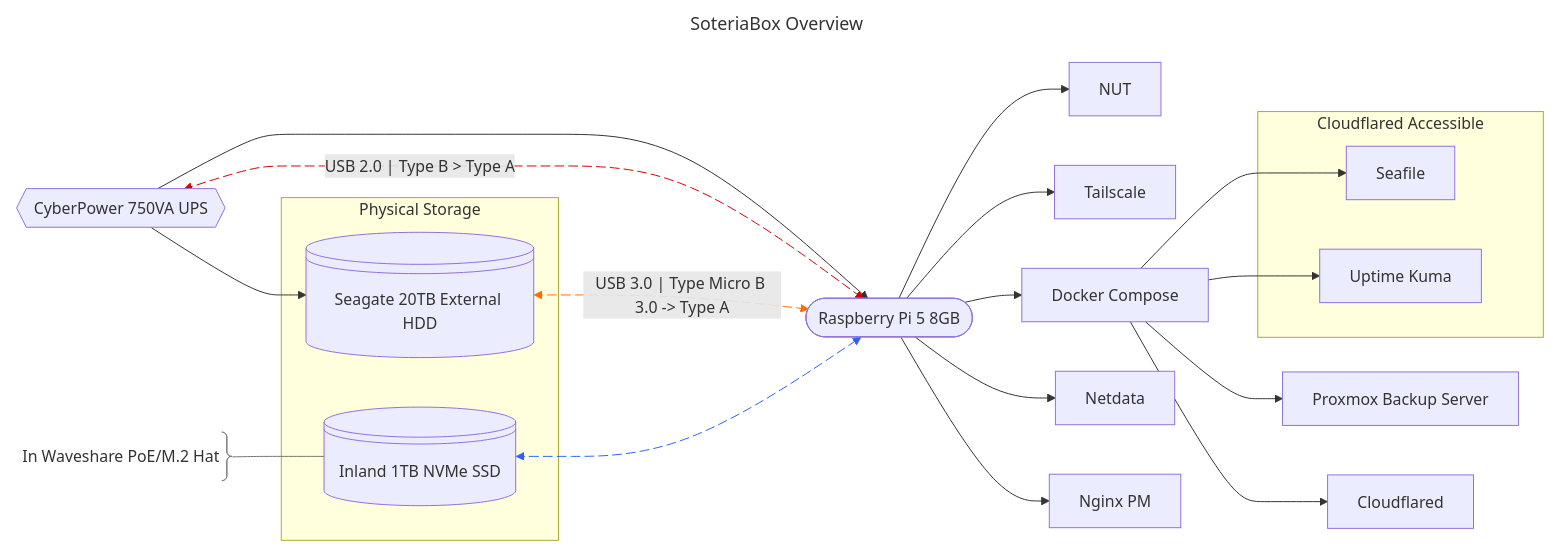
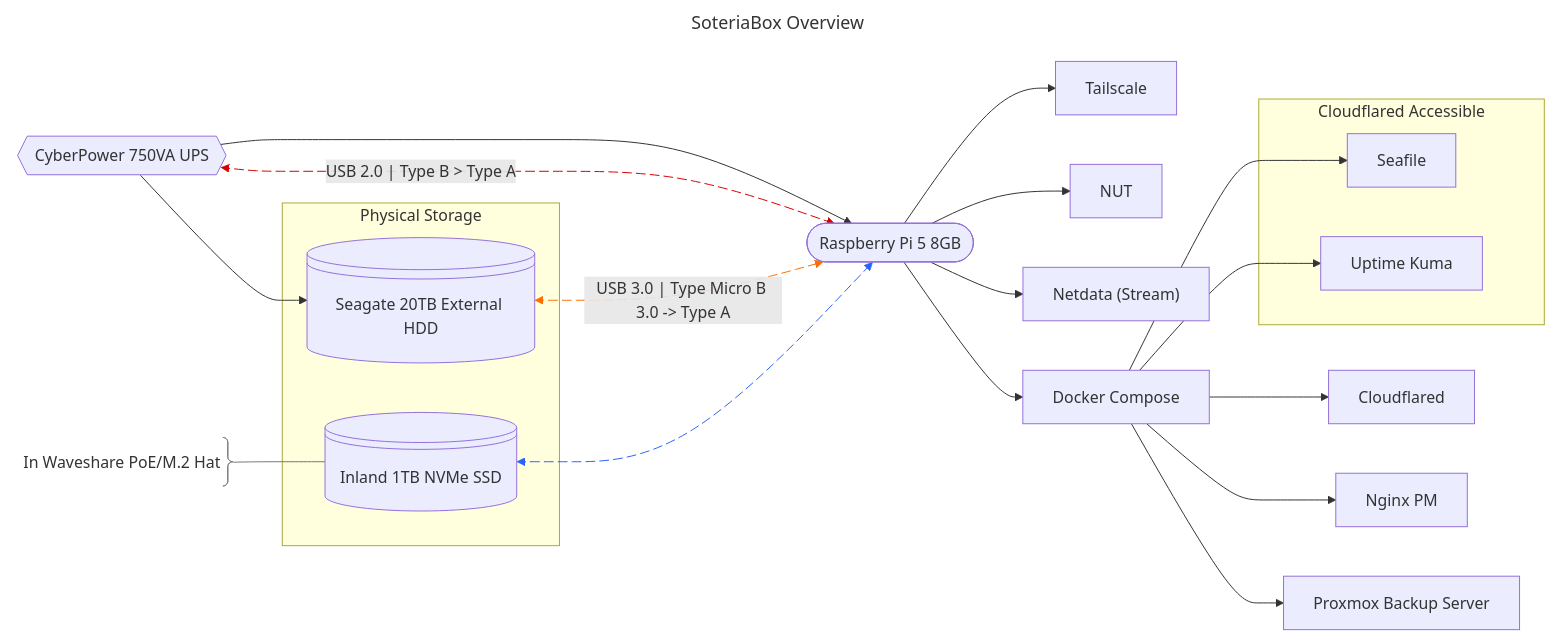
The diagram in README.md (sethdotfm/SoteriaBox), drawn with Mermaid before and after one commit.

Commit message:
Reorganize flowchart

````diff
--- a/README.md
+++ b/README.md
@@ -1,37 +1,37 @@
 ```mermaid
 ---
 config:
   layout: dagre
 title: SoteriaBox Overview
 ---
 flowchart LR
  subgraph s1["Physical Storage"]
         n1["Seagate 20TB External HDD"]
         n2["Inland 1TB NVMe SSD"]
   end
  subgraph s2["Cloudflared Accessible"]
         n10["Seafile"]
         n13["Uptime Kuma"]
   end
     n4["CyberPower 750VA UPS"] --> n3(["Raspberry Pi 5 8GB"]) & n1
     n4 L_n4_n3_2@<-- "USB 2.0 | Type B &gt; Type A" --> n3
     n6["In Waveshare PoE/M.2 Hat"] --- n2
     n1 L_n1_n3_0@<-- "USB 3.0 | Type Micro B 3.0 -&gt; Type A" --> n3
     n2 L_n2_n3_0@<--> n3
-    n3 --> n7["NUT"] & n8["Tailscale"] & n9["Docker Compose"] & n14["Netdata"] & n15["Nginx PM"]
-    n9 --> n10 & n11["Proxmox Backup Server"] & n12["Cloudflared"] & n13
+    n3 --> n8["Tailscale"] & n7["NUT"] & n14["Netdata (Stream)"] & n9["Docker Compose"]
+    n9 --> n10 & n12["Cloudflared"] & n16["Nginx PM"] & n11["Proxmox Backup Server"] & n13
 
     n1@{ shape: disk}
     n2@{ shape: disk}
     n4@{ shape: hex}
     n6@{ shape: brace-r}
     style n6 stroke:#757575
     linkStyle 2 stroke:#D50000,fill:none
     linkStyle 3 stroke:#757575,fill:none
     linkStyle 4 stroke:#FF6D00,fill:none
     linkStyle 5 stroke:#2962FF,fill:none
 
     L_n4_n3_2@{ animation: slow } 
     L_n1_n3_0@{ animation: slow } 
     L_n2_n3_0@{ animation: fast }
 ```
````
